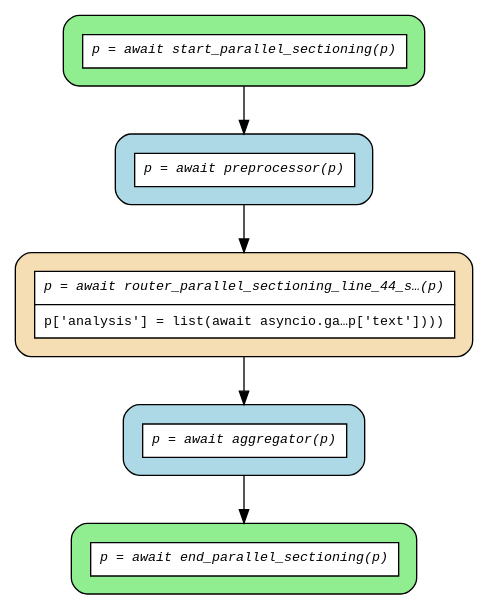
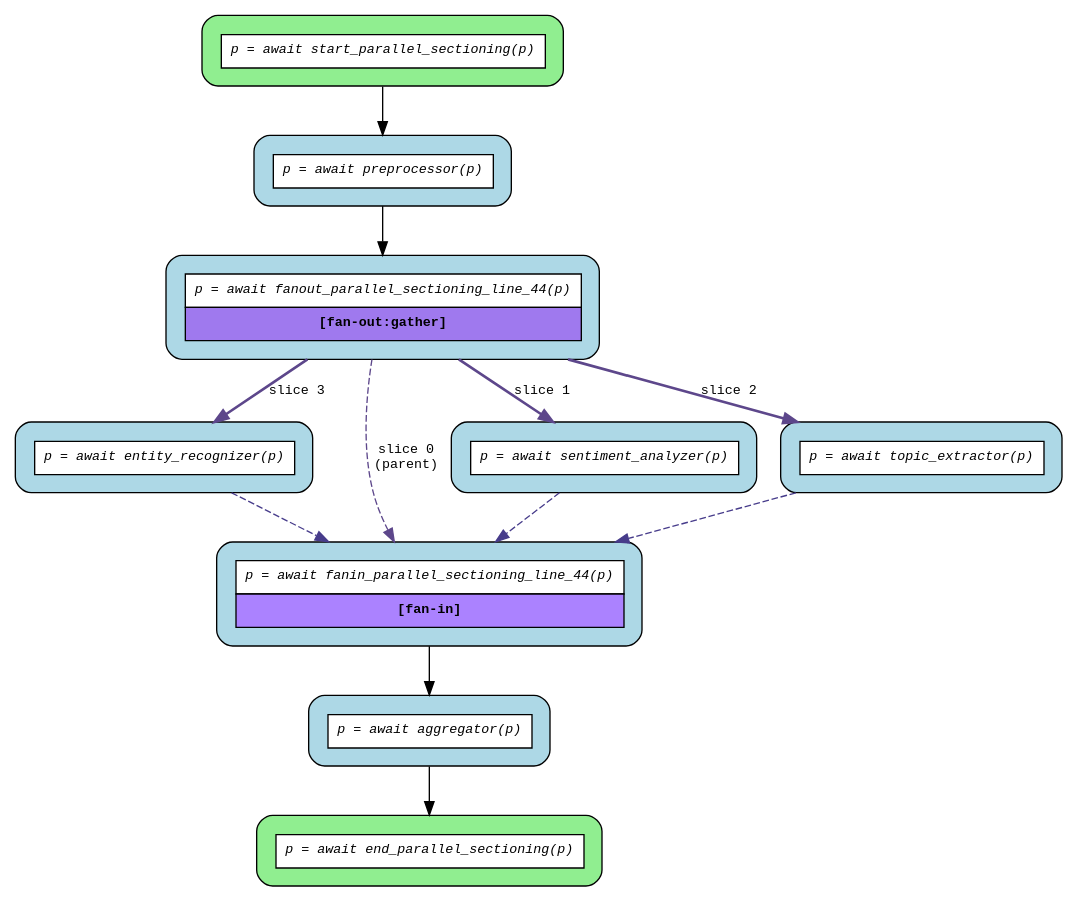
Before and after one commit to deliveryhero/asya: the diagram in examples/flows/agentic/compiled/parallel_sectioning/flow.dot, drawn with Graphviz. The commit also changed 84 other files, not shown here.

First line of the commit message:
fix(compiler): include agentic flows in pre-commit recompilation and support starred list comprehension in gather [36g4]

```diff
--- a/examples/flows/agentic/compiled/parallel_sectioning/flow.dot
+++ b/examples/flows/agentic/compiled/parallel_sectioning/flow.dot
@@ -1,17 +1,28 @@
 digraph flow {
   rankdir=TB;
   graph [fontname="Courier", fontsize=10];
   node [fontname="Courier", fontsize=10, shape=box, style="filled,rounded", margin="0.2"];
   edge [fontname="Courier", fontsize=10];
 
   start_parallel_sectioning [fillcolor="lightgreen", group="main", label=<<table border="0" cellspacing="0" cellpadding="6" cellborder="1"><tr><td bgcolor="white" align="center"><i>p = await start_parallel_sectioning(p)</i></td></tr></table>>];
-  router_parallel_sectioning_line_44_seq [fillcolor="wheat", group="main", label=<<table border="0" cellspacing="0" cellpadding="6" cellborder="1"><tr><td bgcolor="white" align="center"><i>p = await router_parallel_sectioning_line_44_s…(p)</i></td></tr><tr><td bgcolor="white" align="left">p['analysis'] = list(await asyncio.ga…p['text'])))</td></tr></table>>];
+  fanout_parallel_sectioning_line_44 [fillcolor="lightblue", group="main", label=<<table border="0" cellspacing="0" cellpadding="6" cellborder="1"><tr><td bgcolor="white" align="center"><i>p = await fanout_parallel_sectioning_line_44(p)</i></td></tr><tr><td bgcolor="mediumpurple2" align="center"><b>[fan-out:gather]</b></td></tr></table>>];
   end_parallel_sectioning [fillcolor="lightgreen", group="main", label=<<table border="0" cellspacing="0" cellpadding="6" cellborder="1"><tr><td bgcolor="white" align="center"><i>p = await end_parallel_sectioning(p)</i></td></tr></table>>];
   aggregator [fillcolor="lightblue", label=<<table border="0" cellspacing="0" cellpadding="6" cellborder="1"><tr><td bgcolor="white" align="center"><i>p = await aggregator(p)</i></td></tr></table>>];
+  entity_recognizer [fillcolor="lightblue", label=<<table border="0" cellspacing="0" cellpadding="6" cellborder="1"><tr><td bgcolor="white" align="center"><i>p = await entity_recognizer(p)</i></td></tr></table>>];
+  fanin_parallel_sectioning_line_44 [fillcolor="lightblue", label=<<table border="0" cellspacing="0" cellpadding="6" cellborder="1"><tr><td bgcolor="white" align="center"><i>p = await fanin_parallel_sectioning_line_44(p)</i></td></tr><tr><td bgcolor="mediumpurple1" align="center"><b>[fan-in]</b></td></tr></table>>];
   preprocessor [fillcolor="lightblue", label=<<table border="0" cellspacing="0" cellpadding="6" cellborder="1"><tr><td bgcolor="white" align="center"><i>p = await preprocessor(p)</i></td></tr></table>>];
+  sentiment_analyzer [fillcolor="lightblue", label=<<table border="0" cellspacing="0" cellpadding="6" cellborder="1"><tr><td bgcolor="white" align="center"><i>p = await sentiment_analyzer(p)</i></td></tr></table>>];
+  topic_extractor [fillcolor="lightblue", label=<<table border="0" cellspacing="0" cellpadding="6" cellborder="1"><tr><td bgcolor="white" align="center"><i>p = await topic_extractor(p)</i></td></tr></table>>];
 
   aggregator -> end_parallel_sectioning;
-  preprocessor -> router_parallel_sectioning_line_44_seq;
-  router_parallel_sectioning_line_44_seq -> aggregator;
+  entity_recognizer -> fanin_parallel_sectioning_line_44 [color=slateblue4, style=dashed];
+  fanin_parallel_sectioning_line_44 -> aggregator;
+  fanout_parallel_sectioning_line_44 -> entity_recognizer [color=mediumpurple4, label="slice 3", style=bold];
+  fanout_parallel_sectioning_line_44 -> fanin_parallel_sectioning_line_44 [color=mediumpurple4, label="slice 0\n(parent)", style=dashed];
+  fanout_parallel_sectioning_line_44 -> sentiment_analyzer [color=mediumpurple4, label="slice 1", style=bold];
+  fanout_parallel_sectioning_line_44 -> topic_extractor [color=mediumpurple4, label="slice 2", style=bold];
+  preprocessor -> fanout_parallel_sectioning_line_44;
+  sentiment_analyzer -> fanin_parallel_sectioning_line_44 [color=slateblue4, style=dashed];
   start_parallel_sectioning -> preprocessor;
+  topic_extractor -> fanin_parallel_sectioning_line_44 [color=slateblue4, style=dashed];
 }
```
